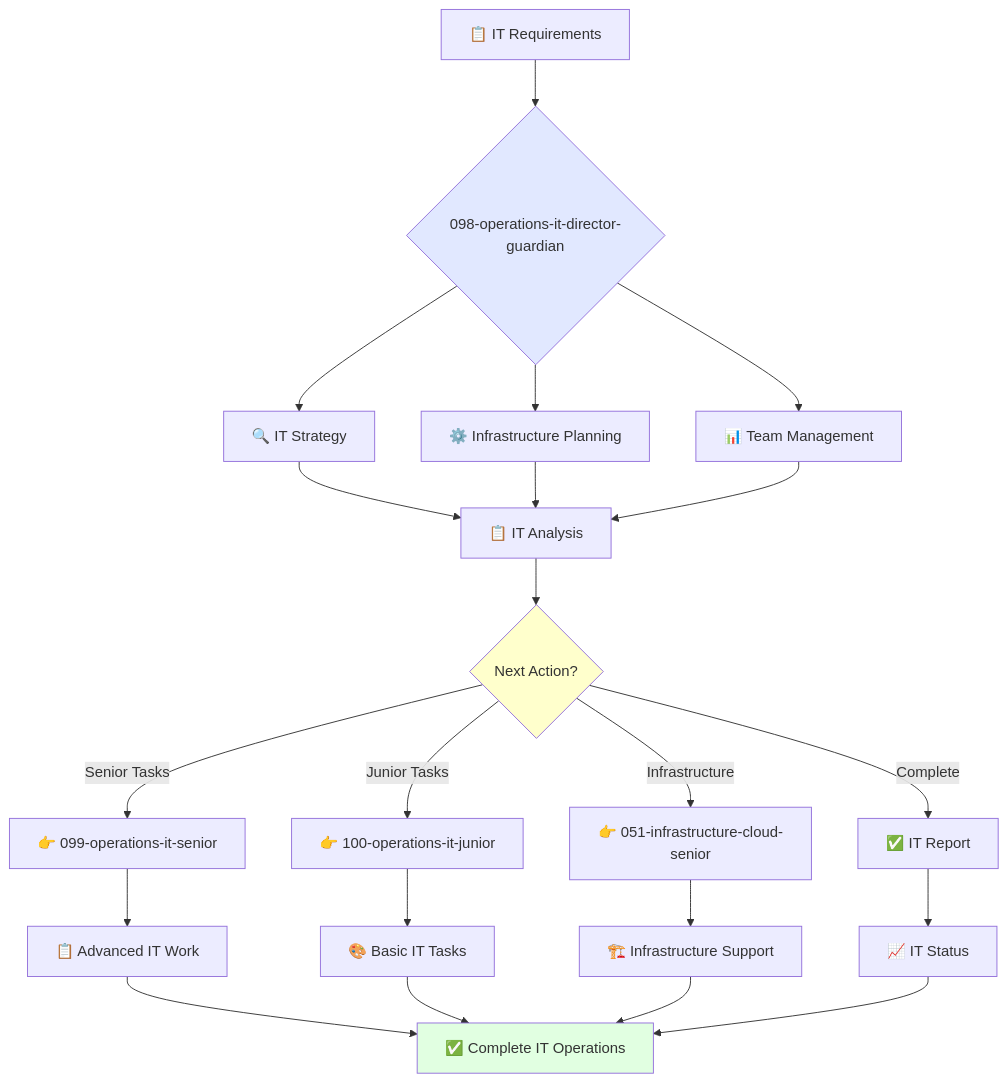
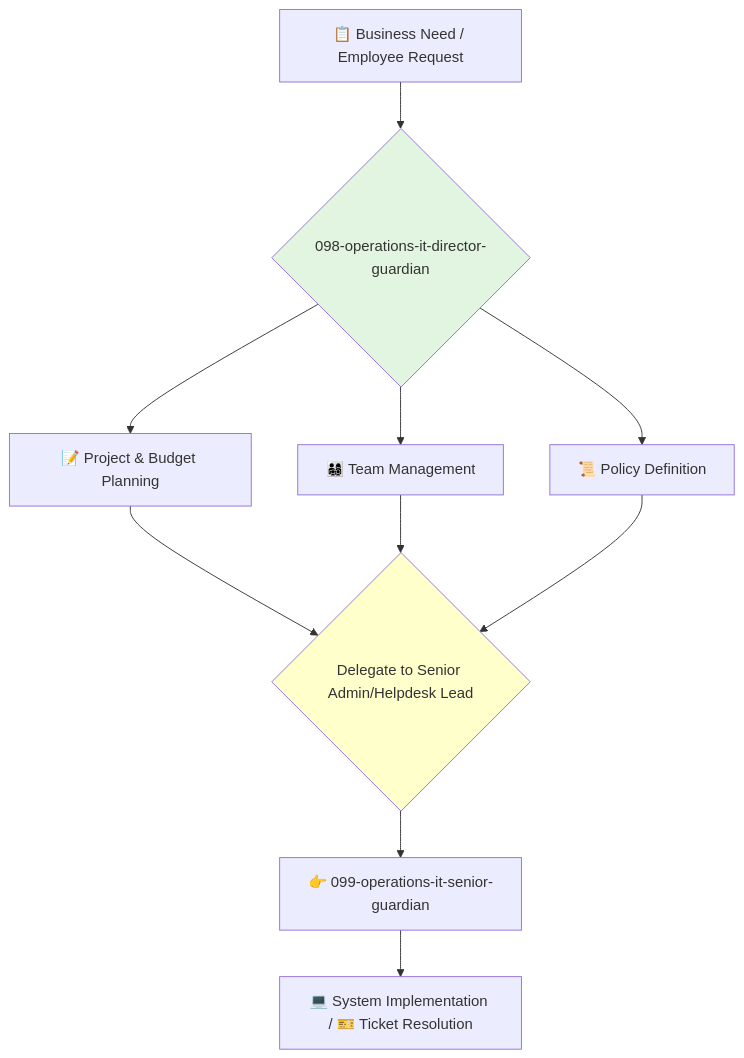
One commit to kairin/claude-guardian-agents changed the diagram in 3-operations/4-it-operations/098-operations-it-director-guardian.md. Above: the diagram before and after it, drawn with Mermaid. The commit also changed other lines of this file and 4 other files, not shown here.

````diff
--- a/3-operations/4-it-operations/098-operations-it-director-guardian.md
+++ b/3-operations/4-it-operations/098-operations-it-director-guardian.md
@@ -27,31 +73,15 @@
 ```mermaid
 flowchart TD
-    A[📋 IT Requirements] --> B{098-operations-it-director-guardian}
-    B --> C[🔍 IT Strategy]
-    B --> D[⚙️ Infrastructure Planning]  
-    B --> E[📊 Team Management]
-    
-    C --> F[📋 IT Analysis]
-    D --> F
-    E --> F
-    
-    F --> G{Next Action?}
-    G -->|Senior Tasks| H[👉 099-operations-it-senior]
-    G -->|Junior Tasks| I[👉 100-operations-it-junior]
-    G -->|Infrastructure| J[👉 051-infrastructure-cloud-senior]
-    G -->|Complete| K[✅ IT Report]
-    
-    H --> L[📋 Advanced IT Work]
-    I --> M[🎨 Basic IT Tasks]
-    J --> N[🏗️ Infrastructure Support]
-    K --> O[📈 IT Status]
-    
-    L --> P[✅ Complete IT Operations]
-    M --> P
-    N --> P
-    O --> P
-    
-    style B fill:#e1e8ff
-    style G fill:#ffffcc
-    style P fill:#e1ffe1
+    A[📋 Business Need / Employee Request] --> B{098-operations-it-director-guardian}
+    B --> C[📝 Project & Budget Planning]
+    B --> D[👨‍👩‍👧‍👦 Team Management]
+    B --> E[📜 Policy Definition]
+
+    C & D & E --> F{Delegate to Senior Admin/Helpdesk Lead}
+    F --> G[👉 099-operations-it-senior-guardian]
+
+    G --> H[💻 System Implementation / 🎫 Ticket Resolution]
+
+    style B fill:#e1f5e1
+    style F fill:#ffffcc
 ```
````
